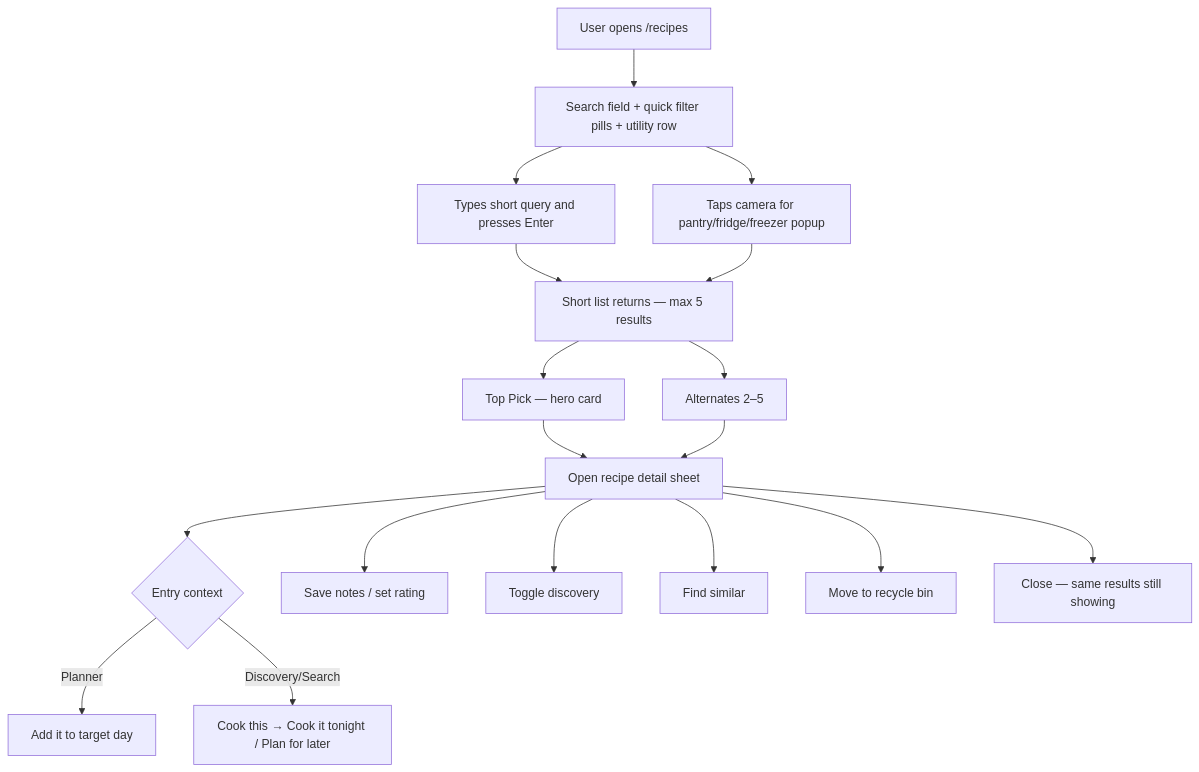
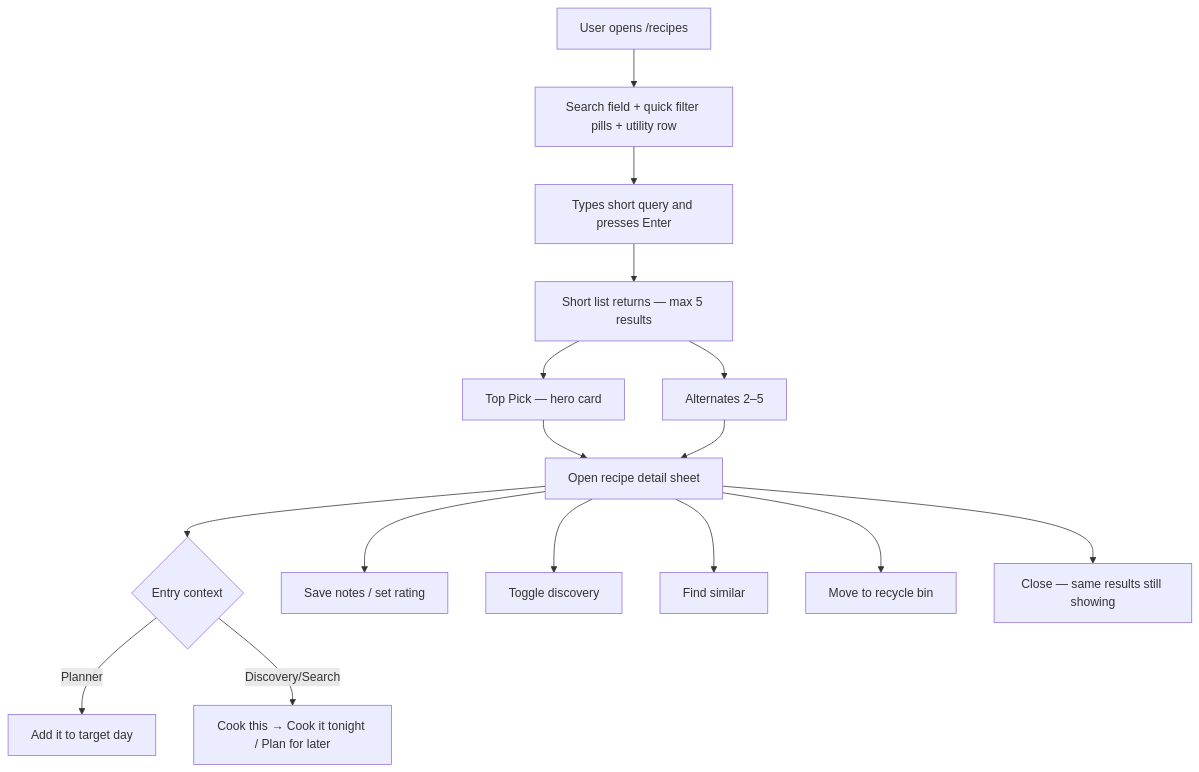
Before and after one commit to AlexandreBrisebois/whats-for-supper: the first of 6 diagrams in docs/flows/user-flows/recipe-search-and-library-recovery.md, drawn with Mermaid. The commit also changed other lines of this file and 34 other files, not shown here.

````diff
--- a/docs/flows/user-flows/recipe-search-and-library-recovery.md
+++ b/docs/flows/user-flows/recipe-search-and-library-recovery.md
@@ -28,20 +28,18 @@
 ```mermaid
 flowchart TD
     A[User opens /recipes] --> B[Search field + quick filter pills + utility row]
     B --> C[Types short query and presses Enter]
-    B --> C3[Taps camera for pantry/fridge/freezer popup]
     C --> D[Short list returns — max 5 results]
-    C3 --> D
     D --> E[Top Pick — hero card]
     D --> F[Alternates 2–5]
     E --> G[Open recipe detail sheet]
     F --> G
     G --> H{Entry context}
     H -->|Planner| H1[Add it to target day]
     H -->|Discovery/Search| H2[Cook this → Cook it tonight / Plan for later]
     G --> I[Save notes / set rating]
     G --> J[Toggle discovery]
     G --> K[Find similar]
     G --> L[Move to recycle bin]
     G --> M[Close — same results still showing]
 ```
````
